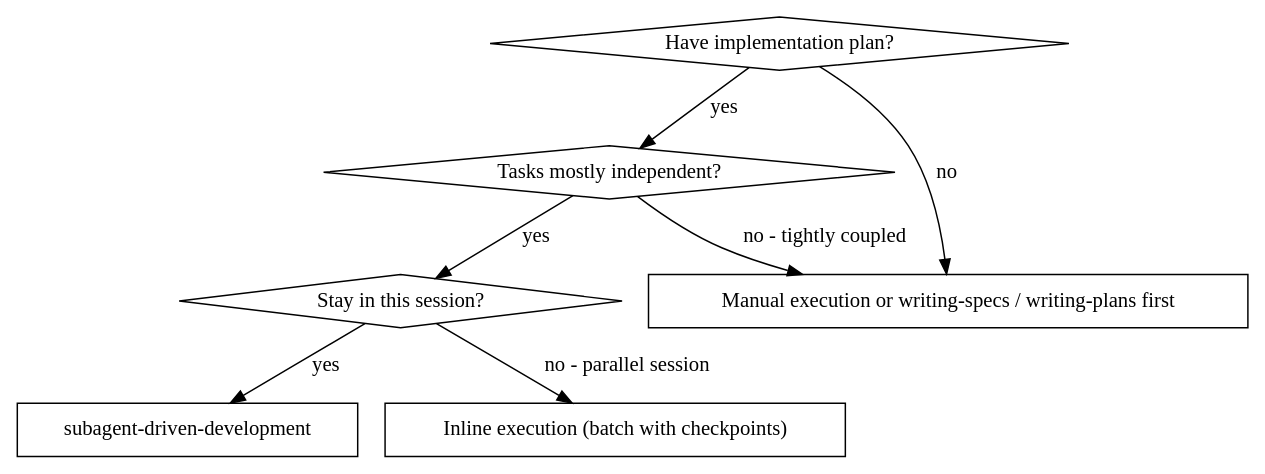
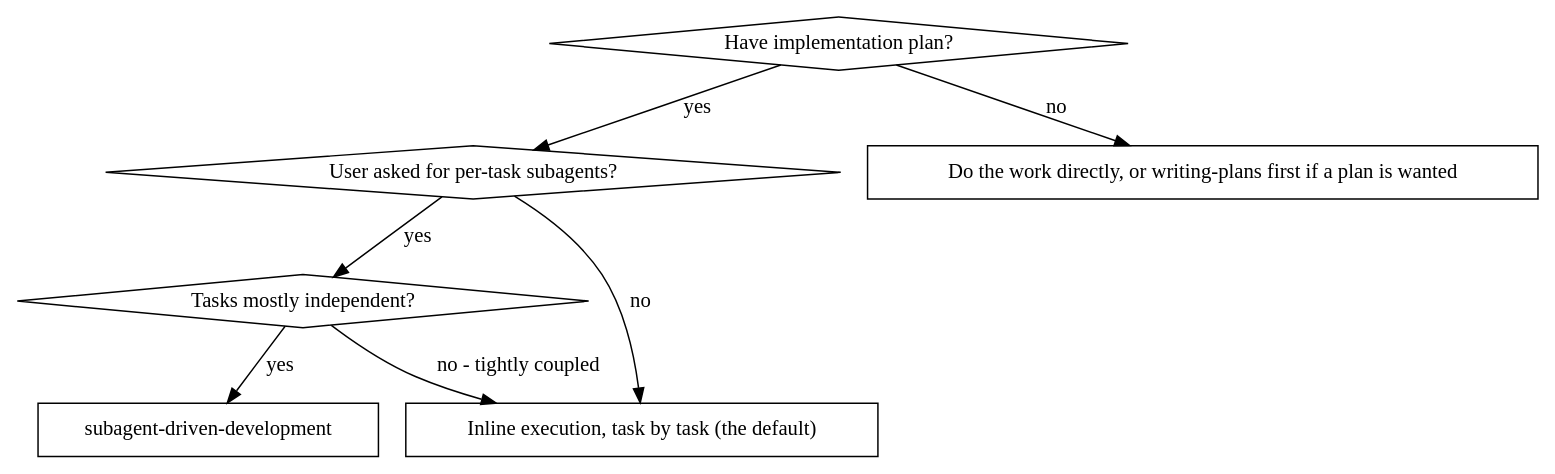
The first of 2 diagrams in .pi/agent/skills/subagent-driven-development/SKILL.md (erfianugrah/dotfiles), drawn with Graphviz before and after one commit. The commit also changed other lines of this file and 30 other files, not shown here.

Commit message:
skills: methodology - writing-skills length rule and lint; superpowers residue removed; requesting-code-review folded into subagent-driven-development; self-correcting-loop split

````diff
--- a/.pi/agent/skills/subagent-driven-development/SKILL.md
+++ b/.pi/agent/skills/subagent-driven-development/SKILL.md
@@ -18,17 +18,17 @@
 ```dot
 digraph when_to_use {
     "Have implementation plan?" [shape=diamond];
+    "User asked for per-task subagents?" [shape=diamond];
     "Tasks mostly independent?" [shape=diamond];
-    "Stay in this session?" [shape=diamond];
     "subagent-driven-development" [shape=box];
-    "Inline execution (batch with checkpoints)" [shape=box];
-    "Manual execution or writing-specs / writing-plans first" [shape=box];
+    "Inline execution, task by task (the default)" [shape=box];
+    "Do the work directly, or writing-plans first if a plan is wanted" [shape=box];
 
-    "Have implementation plan?" -> "Tasks mostly independent?" [label="yes"];
-    "Have implementation plan?" -> "Manual execution or writing-specs / writing-plans first" [label="no"];
-    "Tasks mostly independent?" -> "Stay in this session?" [label="yes"];
-    "Tasks mostly independent?" -> "Manual execution or writing-specs / writing-plans first" [label="no - tightly coupled"];
-    "Stay in this session?" -> "subagent-driven-development" [label="yes"];
-    "Stay in this session?" -> "Inline execution (batch with checkpoints)" [label="no - parallel session"];
+    "Have implementation plan?" -> "User asked for per-task subagents?" [label="yes"];
+    "Have implementation plan?" -> "Do the work directly, or writing-plans first if a plan is wanted" [label="no"];
+    "User asked for per-task subagents?" -> "Tasks mostly independent?" [label="yes"];
+    "User asked for per-task subagents?" -> "Inline execution, task by task (the default)" [label="no"];
+    "Tasks mostly independent?" -> "subagent-driven-development" [label="yes"];
+    "Tasks mostly independent?" -> "Inline execution, task by task (the default)" [label="no - tightly coupled"];
 }
 ```
````
